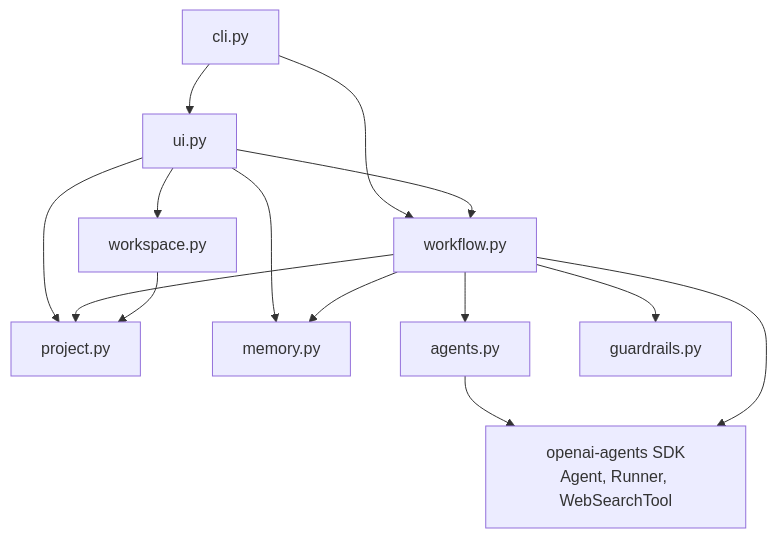
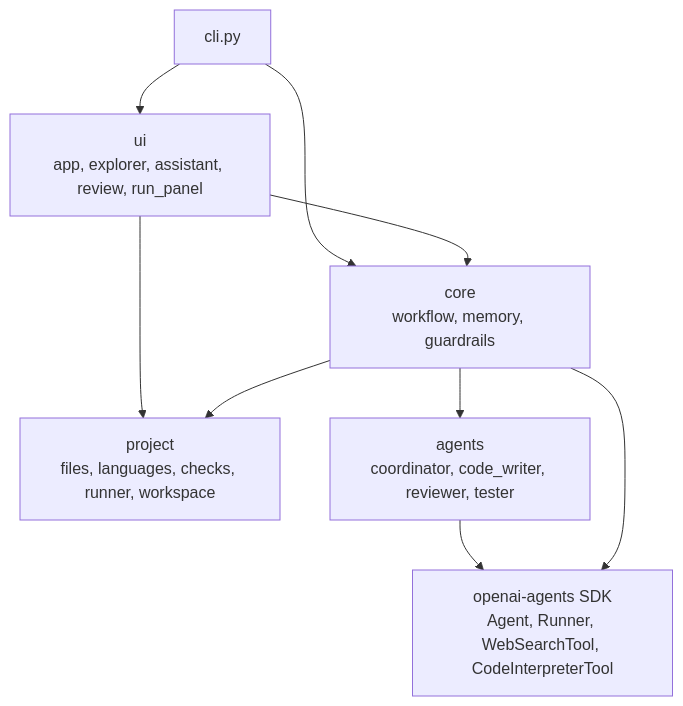
The second of 5 diagrams in documentation/ARCHITECTURE.md (DawitFsaha/CodeMentor-AI-Agent), drawn with Mermaid before and after one commit. The commit also changed other lines of this file and 42 other files, not shown here.

````diff
--- a/documentation/ARCHITECTURE.md
+++ b/documentation/ARCHITECTURE.md
@@ -81,16 +114,11 @@
 ```mermaid
 flowchart TB
-    cli["cli.py"] --> workflow["workflow.py"]
-    cli --> ui["ui.py"]
-    ui --> workflow
-    ui --> workspace["workspace.py"]
-    ui --> project["project.py"]
-    ui --> memory["memory.py"]
-    workflow --> agents["agents.py"]
-    workflow --> guardrails["guardrails.py"]
-    workflow --> memory
-    workflow --> project
-    workspace --> project
-    agents --> sdk["openai-agents SDK<br/>Agent, Runner, WebSearchTool"]
-    workflow --> sdk
+    cli["cli.py"] --> core["core<br/>workflow, memory, guardrails"]
+    cli --> ui["ui<br/>app, explorer, assistant, review, run_panel"]
+    ui --> core
+    ui --> project["project<br/>files, languages, checks, runner, workspace"]
+    core --> agents["agents<br/>coordinator, code_writer, reviewer, tester"]
+    core --> project
+    agents --> sdk["openai-agents SDK<br/>Agent, Runner, WebSearchTool, CodeInterpreterTool"]
+    core --> sdk
 ```
````
